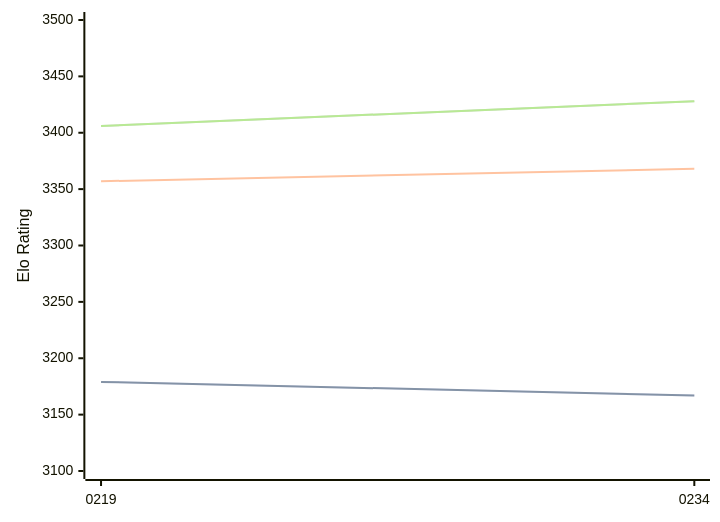
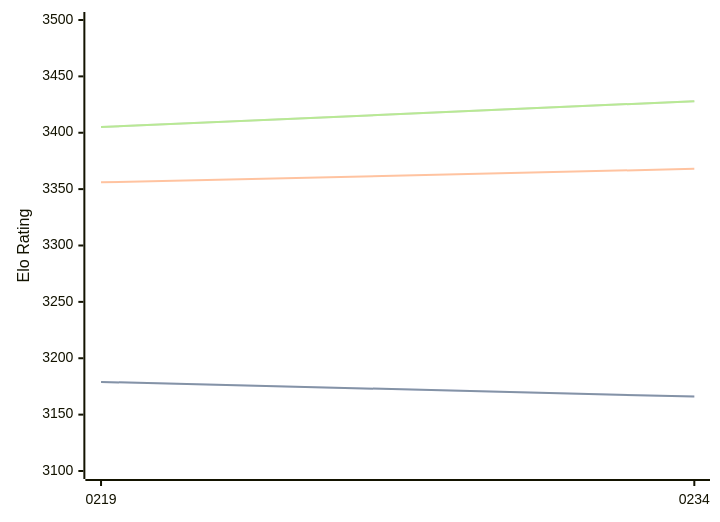
Before and after one commit to computer-chess-index/cci: the diagram in engines/Ynode.md, drawn with Mermaid. The commit also changed other lines of this file, not shown here.

Commit message:
Update CCI Ratings (ELO VLTC) - 2026-04-28

````diff
--- a/engines/Ynode.md
+++ b/engines/Ynode.md
@@ -39,11 +39,11 @@
 ```mermaid
 %%{init: {"theme":"base","themeVariables":{"seriesColors:['#a3a3a3','#222221','#faa371']}}}%%
 xychart-beta
   x-axis ["0219", "0234"]
   y-axis "Elo Rating" 3100 --> 3500
-  line "STC (8.0+0.08s)" [3179, 3167]
-  line "STC (8.0+0.08s)" [3179, 3167]
-  line "LTC (60.0+0.60s)" [3357, 3368]
-  line "VLTC (2m24s+1.12s)" [3406, 3428]
-  line "VLTC (2m24s+1.12s)" [3406, 3428]
+  line "STC (8.0+0.08s)" [3179, 3166]
+  line "STC (8.0+0.08s)" [3179, 3166]
+  line "LTC (60.0+0.60s)" [3356, 3368]
+  line "VLTC (2m24s+1.12s)" [3405, 3428]
+  line "VLTC (2m24s+1.12s)" [3405, 3428]
 ```
````
